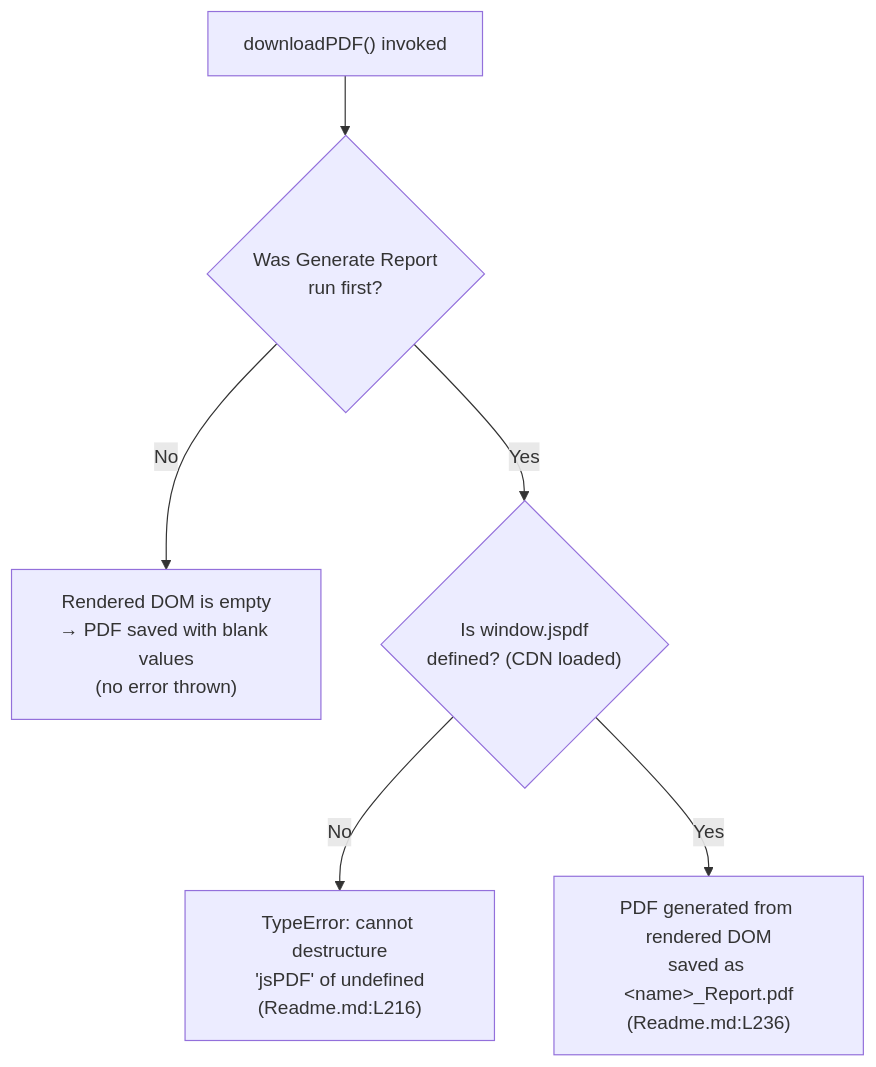
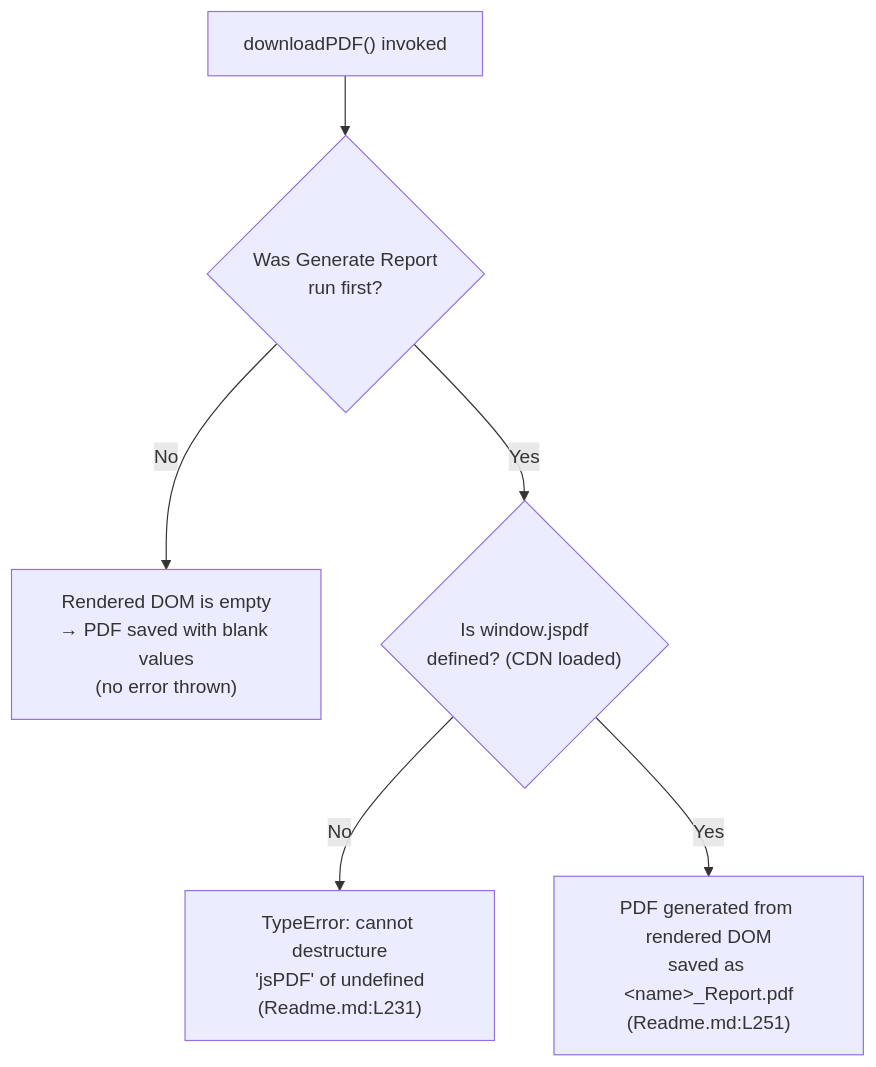
The diagram in docs/contracts/behavioral-contracts.md (ajitblitzy/Student_Mngt_09-Jun-2026), drawn with Mermaid before and after one commit. The commit also changed other lines of this file and 17 other files, not shown here.

````diff
--- a/docs/contracts/behavioral-contracts.md
+++ b/docs/contracts/behavioral-contracts.md
@@ -266,8 +266,8 @@
 ```mermaid
 flowchart TD
     A["downloadPDF() invoked"] --> B{"Was Generate Report<br/>run first?"}
     B -- "No" --> C["Rendered DOM is empty<br/>→ PDF saved with blank values<br/>(no error thrown)"]
     B -- "Yes" --> D{"Is window.jspdf<br/>defined? (CDN loaded)"}
-    D -- "No" --> E["TypeError: cannot destructure<br/>'jsPDF' of undefined<br/>(Readme.md:L216)"]
-    D -- "Yes" --> F["PDF generated from rendered DOM<br/>saved as &lt;name&gt;_Report.pdf<br/>(Readme.md:L236)"]
+    D -- "No" --> E["TypeError: cannot destructure<br/>'jsPDF' of undefined<br/>(Readme.md:L231)"]
+    D -- "Yes" --> F["PDF generated from rendered DOM<br/>saved as &lt;name&gt;_Report.pdf<br/>(Readme.md:L251)"]
 ```
````
